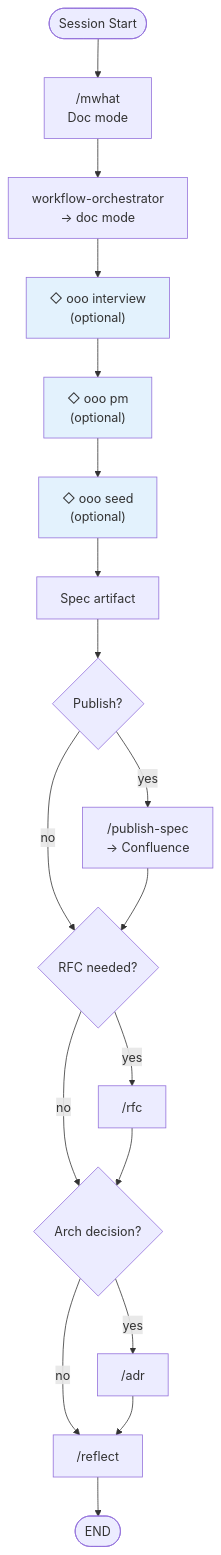
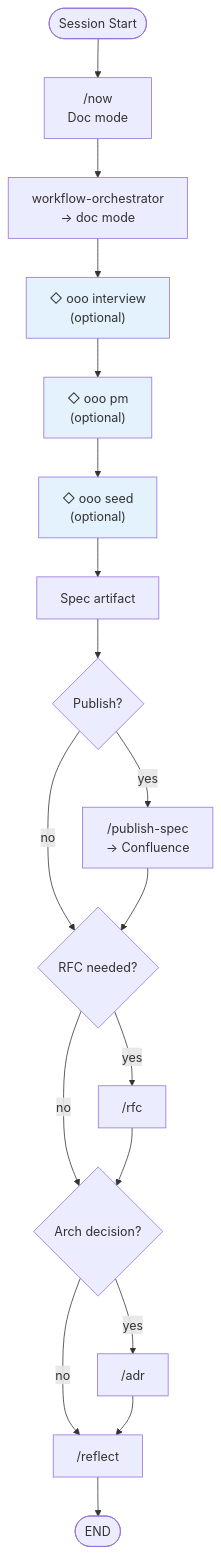
The second of 2 diagrams in README.md (narashin/nara-kit), drawn with Mermaid before and after one commit. The commit also changed other lines of this file and 8 other files, not shown here.

Commit message:
feat: add design-md skill, rename mwhat to now, integrate DESIGN.md into code-review

````diff
--- a/README.md
+++ b/README.md
@@ -117,24 +118,24 @@
 ```mermaid
 flowchart TD
-    START([Session Start]) --> MWHAT["/mwhat<br>Doc mode"]
+    START([Session Start]) --> MWHAT["/now<br>Doc mode"]
     MWHAT --> ORCH["workflow-orchestrator<br>→ doc mode"]
     ORCH --> OOO_INT["◇ ooo interview<br>(optional)"]
     OOO_INT --> OOO_PM["◇ ooo pm<br>(optional)"]
     OOO_PM --> OOO_SEED["◇ ooo seed<br>(optional)"]
     OOO_SEED --> SPEC["Spec artifact"]
     SPEC --> PUB{Publish?}
     PUB -->|yes| PUBLISH["/publish-spec<br>→ Confluence"]
     PUB -->|no| RFC_Q{RFC needed?}
     PUBLISH --> RFC_Q
     RFC_Q -->|yes| RFC["/rfc"]
     RFC_Q -->|no| ADR_Q{Arch decision?}
     RFC --> ADR_Q
     ADR_Q -->|yes| ADR["/adr"]
     ADR_Q -->|no| REFLECT["/reflect"]
     ADR --> REFLECT
     REFLECT --> END([END])
 
     style OOO_INT fill:#e3f2fd
     style OOO_PM fill:#e3f2fd
     style OOO_SEED fill:#e3f2fd
 ```
````
